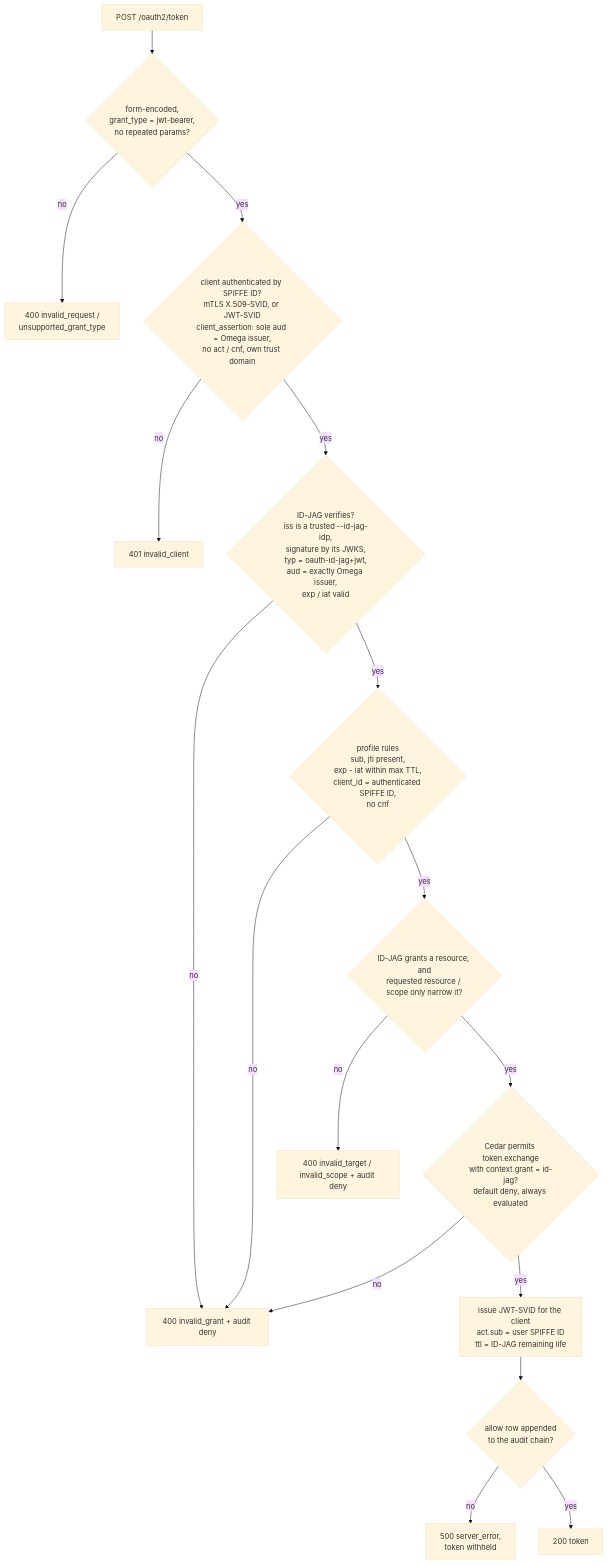
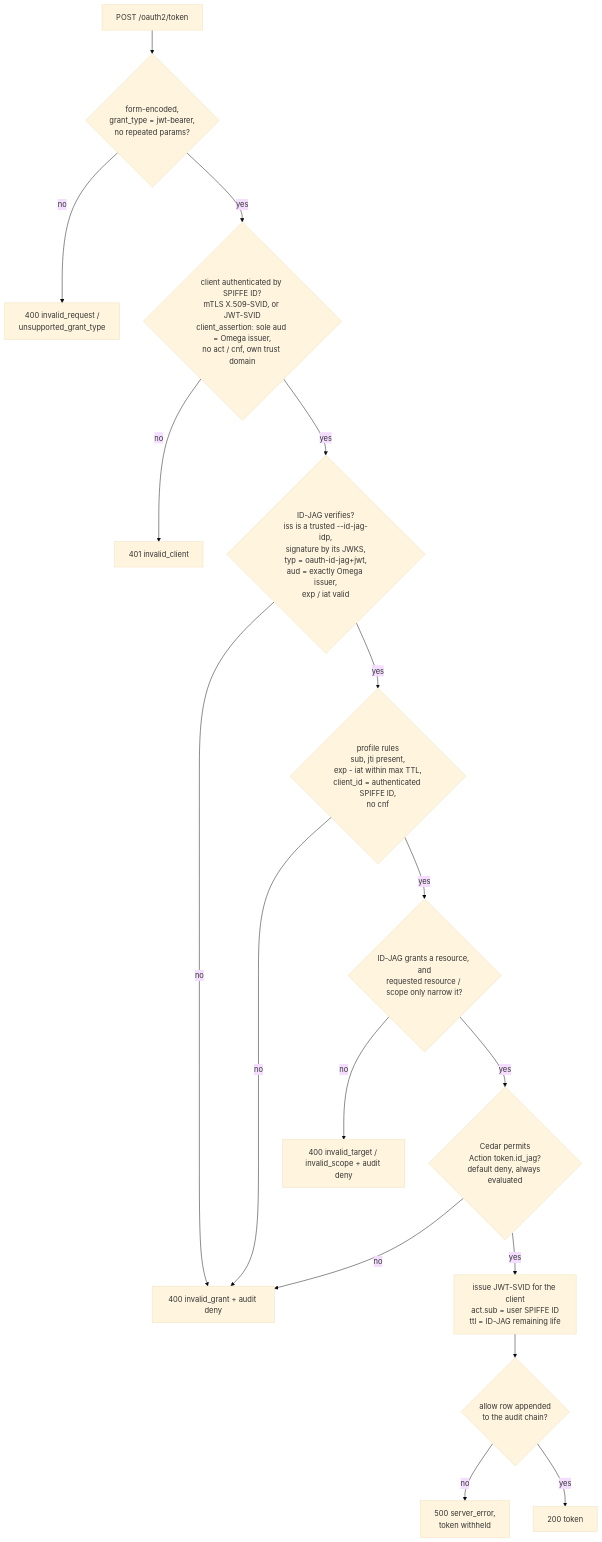
Before and after one commit to kanywst/omega: the third of 5 diagrams in docs/id-jag.md, drawn with Mermaid (base theme). The commit also changed other lines of this file and 11 other files, not shown here.

First line of the commit message:
fix(api): give ID-JAG grants their own policy action and require --require-auth

````diff
--- a/docs/id-jag.md
+++ b/docs/id-jag.md
@@ -72,19 +72,19 @@
 ```mermaid
 flowchart TD
   R[POST /oauth2/token] --> F{form-encoded,<br/>grant_type = jwt-bearer,<br/>no repeated params?}
   F -- no --> E1[400 invalid_request /<br/>unsupported_grant_type]
   F -- yes --> C{client authenticated by SPIFFE ID?<br/>mTLS X.509-SVID, or JWT-SVID<br/>client_assertion: sole aud = Omega issuer,<br/>no act / cnf, own trust domain}
   C -- no --> E2[401 invalid_client]
   C -- yes --> V{ID-JAG verifies?<br/>iss is a trusted --id-jag-idp,<br/>signature by its JWKS,<br/>typ = oauth-id-jag+jwt,<br/>aud = exactly Omega issuer,<br/>exp / iat valid}
   V -- no --> E3[400 invalid_grant + audit deny]
   V -- yes --> B{profile rules<br/>sub, jti present,<br/>exp - iat within max TTL,<br/>client_id = authenticated SPIFFE ID,<br/>no cnf}
   B -- no --> E3
   B -- yes --> N{ID-JAG grants a resource, and<br/>requested resource / scope only narrow it?}
   N -- no --> E4[400 invalid_target / invalid_scope + audit deny]
-  N -- yes --> P{Cedar permits token.exchange<br/>with context.grant = id-jag?<br/>default deny, always evaluated}
+  N -- yes --> P{Cedar permits<br/>Action token.id_jag?<br/>default deny, always evaluated}
   P -- no --> E3
   P -- yes --> I[issue JWT-SVID for the client<br/>act.sub = user SPIFFE ID<br/>ttl = ID-JAG remaining life]
   I --> AU{allow row appended<br/>to the audit chain?}
   AU -- no --> E5[500 server_error,<br/>token withheld]
   AU -- yes --> OK[200 token]
 ```
````
